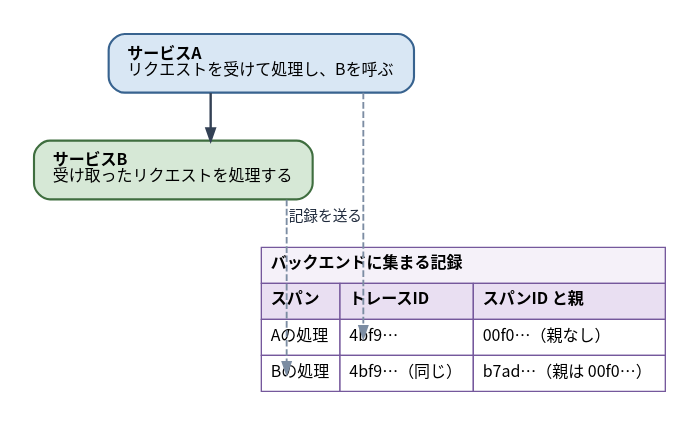
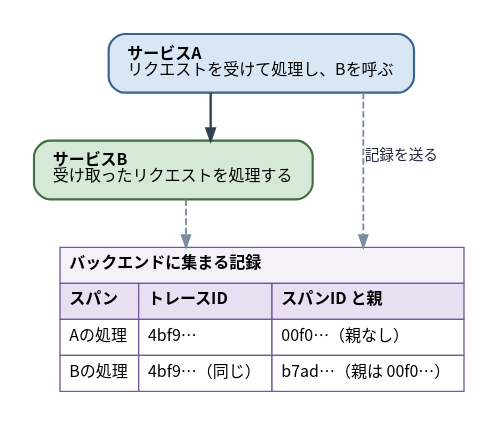
The diagram in diagrams/go-ebpf-primer/20260820-distributed-trace-basics.dot (ymotongpoo/zenn.dev), drawn with Graphviz before and after one commit. The commit also changed 25 other files, not shown here.

First line of the commit message:
fix: 矢印の貫通・先端埋没・角丸切れ・窮屈さを修正（13図）

```diff
--- a/diagrams/go-ebpf-primer/20260820-distributed-trace-basics.dot
+++ b/diagrams/go-ebpf-primer/20260820-distributed-trace-basics.dot
@@ -1,34 +1,34 @@
 // 分散トレースの基本
 digraph distributed_trace_basics {
   graph [
     rankdir=TB, splines=ortho,
     fontname="Harano Aji Gothic,Noto Sans CJK JP,IPAGothic", fontsize=13,
     bgcolor="white", pad=0.25
   ];
   node [
     fontname="Harano Aji Gothic,Noto Sans CJK JP,IPAGothic", fontsize=12,
     shape=box, style="rounded,filled",
     fillcolor="#F1F5F9", color="#475569", penwidth=1.6,
     margin="0.2,0.14"
   ];
   edge [
     fontname="Harano Aji Gothic,Noto Sans CJK JP,IPAGothic", fontsize=11,
     color="#334155", penwidth=1.4, arrowsize=0.9,
     fontcolor="#1E293B"
   ];
 
   sa [label=<<b>サービスA</b><br align="left"/>リクエストを受けて処理し、Bを呼ぶ<br align="left"/>>, fillcolor="#D9E7F4", color="#38638F"];
   sb [label=<<b>サービスB</b><br align="left"/>受け取ったリクエストを処理する<br align="left"/>>, fillcolor="#D6E8D6", color="#3F6E3F"];
 
   rec [shape=plain, style="", label=<
     <table border="0" cellborder="1" cellspacing="0" cellpadding="6" color="#75589C">
       <tr><td colspan="3" align="left" bgcolor="#F5F1F9"><b>バックエンドに集まる記録</b></td></tr>
       <tr><td align="left" bgcolor="#E9DFF2"><b>スパン</b></td><td align="left" bgcolor="#E9DFF2"><b>トレースID</b></td><td align="left" bgcolor="#E9DFF2"><b>スパンID と親</b></td></tr>
       <tr><td port="ra" align="left" bgcolor="#FFFFFF">Aの処理</td><td align="left" bgcolor="#FFFFFF">4bf9…</td><td align="left" bgcolor="#FFFFFF">00f0…（親なし）</td></tr>
       <tr><td port="rb" align="left" bgcolor="#FFFFFF">Bの処理</td><td align="left" bgcolor="#FFFFFF">4bf9…（同じ）</td><td align="left" bgcolor="#FFFFFF">b7ad…（親は 00f0…）</td></tr>
     </table>>];
 
   sa -> sb [penwidth=1.8];
-  sa -> rec:ra:w [style=dashed, color="#7C8DA3", xlabel="記録を送る"];
-  sb -> rec:rb:w [style=dashed, color="#7C8DA3"];
+  sa -> rec [style=dashed, color="#7C8DA3", xlabel="記録を送る"];
+  sb -> rec [style=dashed, color="#7C8DA3"];
 }
```
